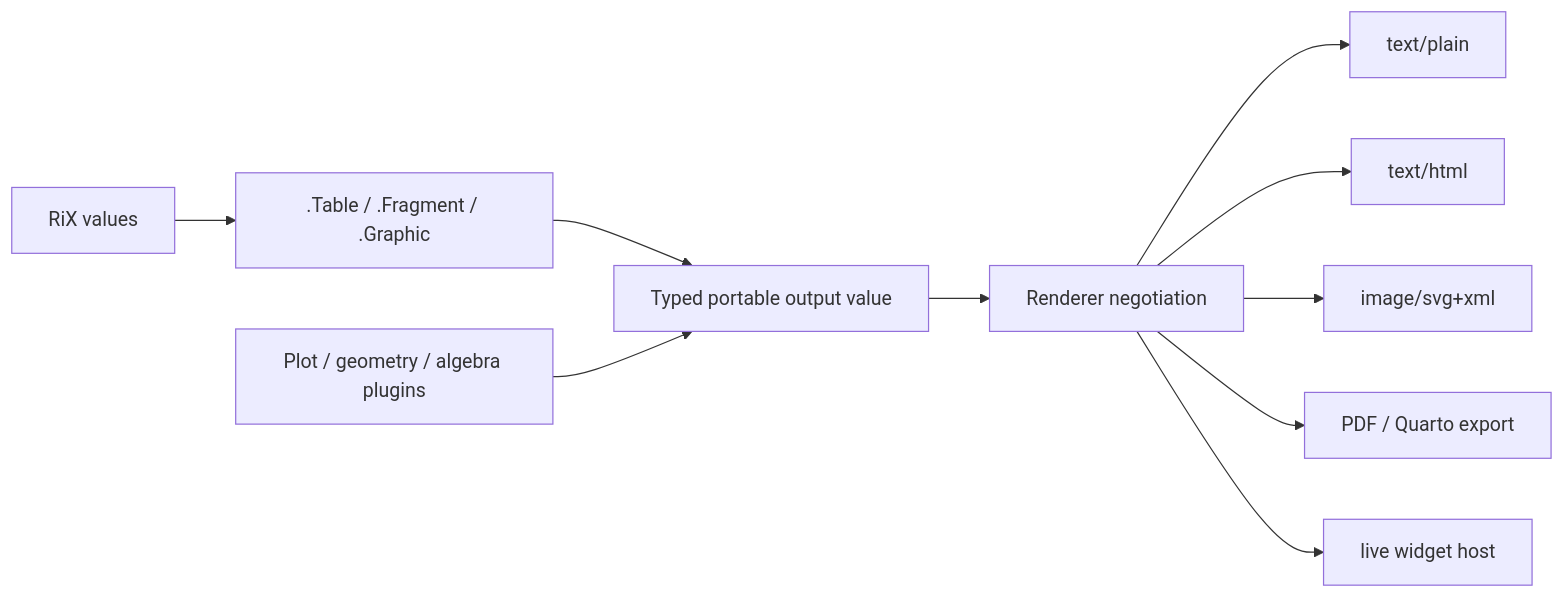
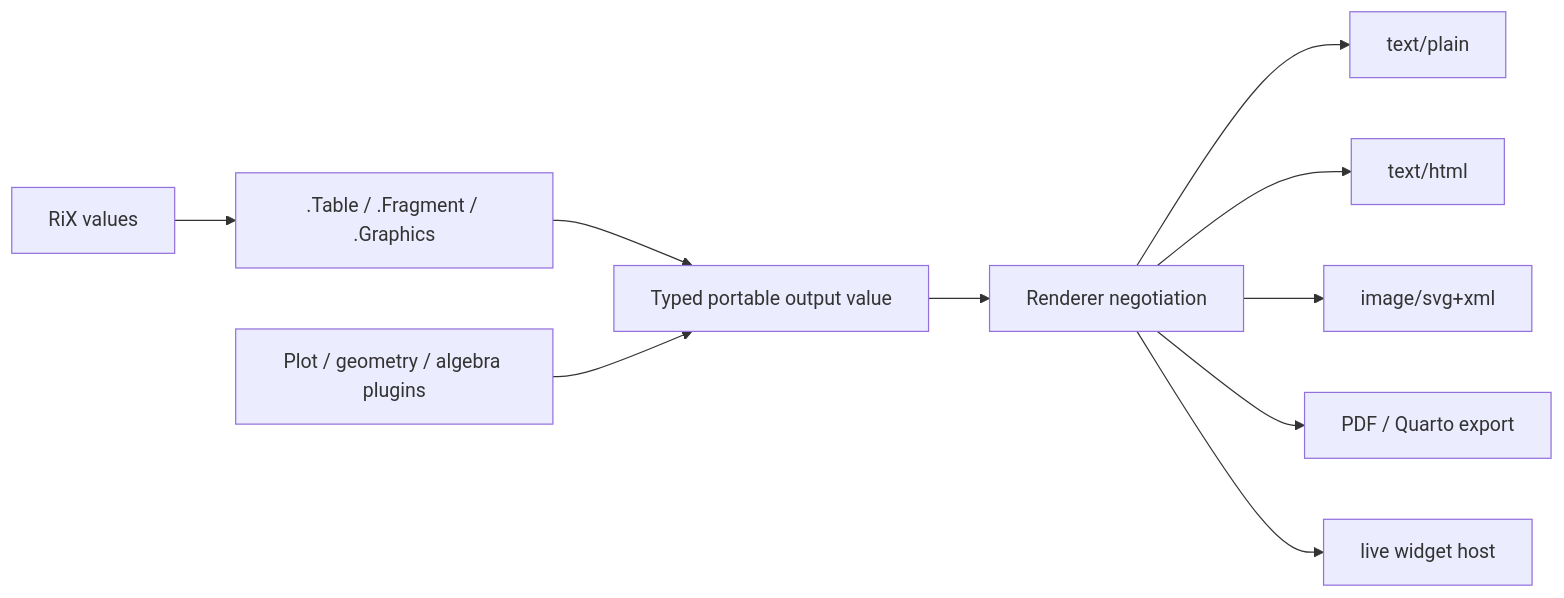
One commit to jostylr/rix changed the first of 2 diagrams in documentation/design/eval/output-model.md. Above: the diagram before and after it, drawn with Mermaid. The commit also changed other lines of this file and 28 other files, not shown here.

````diff
--- a/documentation/design/eval/output-model.md
+++ b/documentation/design/eval/output-model.md
@@ -37,12 +37,12 @@
 ```mermaid
 flowchart LR
-  R["RiX values"] --> C[".Table / .Fragment / .Graphic"]
+  R["RiX values"] --> C[".Table / .Fragment / .Graphics"]
   C --> O["Typed portable output value"]
   P["Plot / geometry / algebra plugins"] --> O
   O --> N["Renderer negotiation"]
   N --> T["text/plain"]
   N --> H["text/html"]
   N --> S["image/svg+xml"]
   N --> D["PDF / Quarto export"]
   N --> W["live widget host"]
 ```
````
